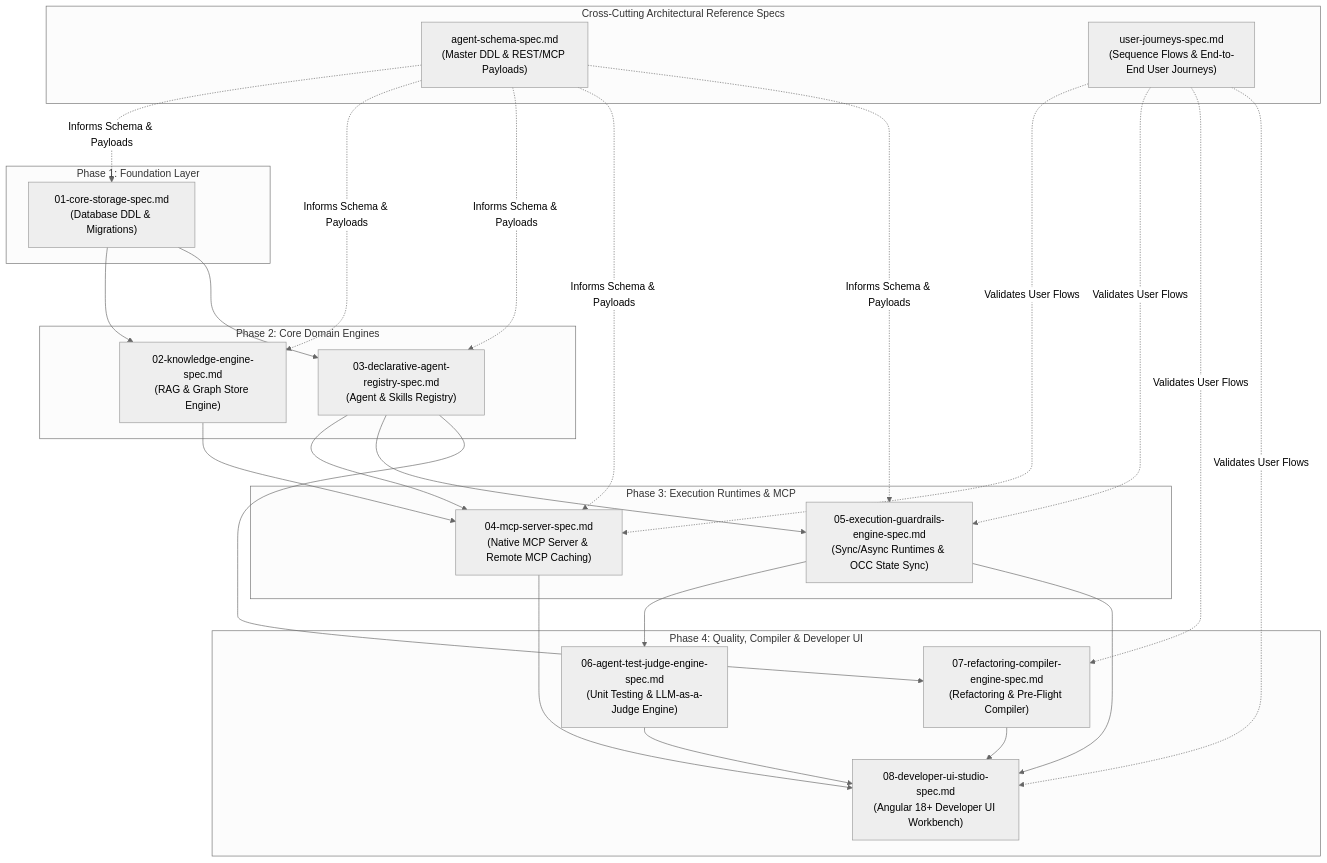
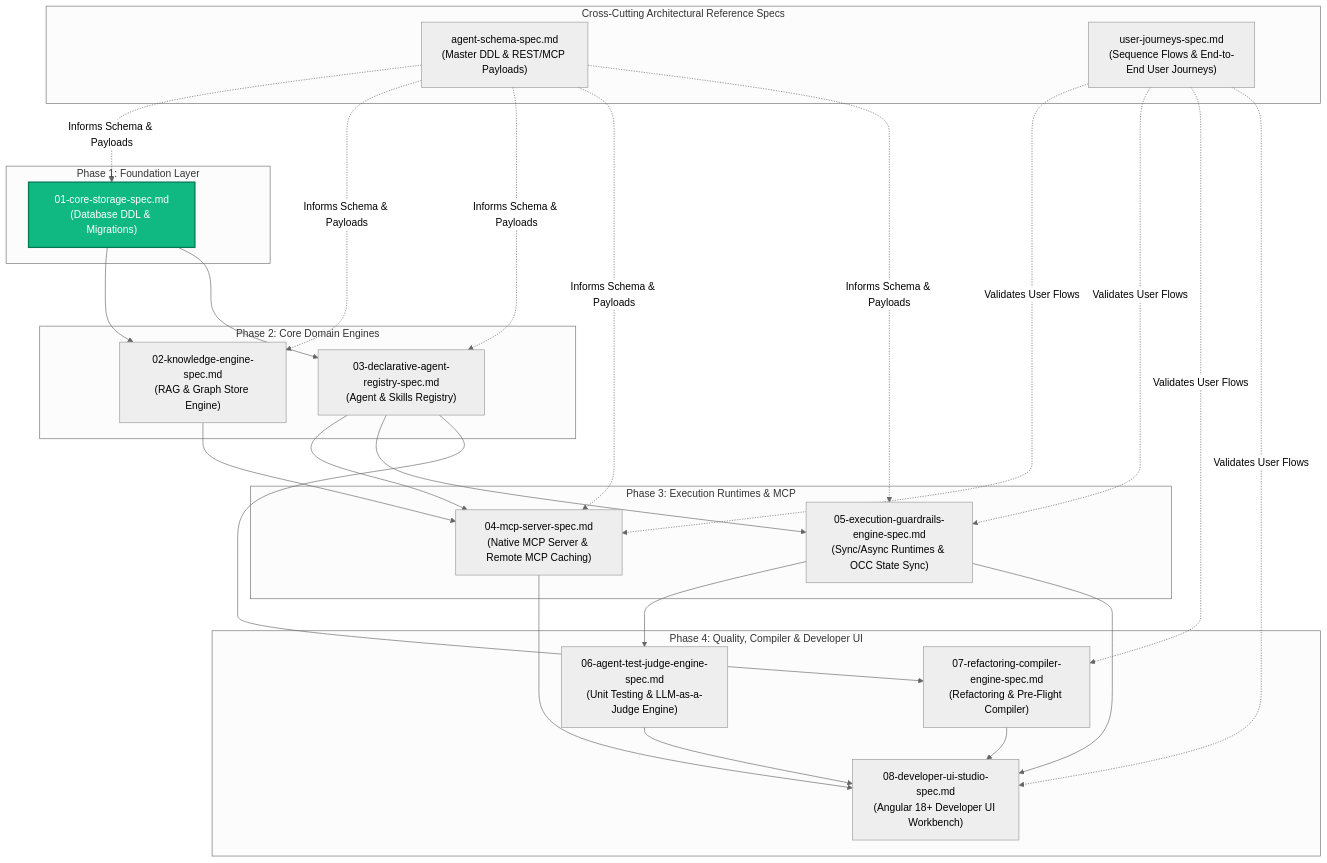
One commit to PolecatWorks/agent-as-data changed the diagram in spec/specs/README.md. Above: the diagram before and after it, drawn with Mermaid (neutral theme). The commit also changed other lines of this file and 11 other files, not shown here.

Commit message:
feat(spec-01): implement core storage schema, sqlx migrations, hams sidecar, and fail-fast startup validation

````diff
--- a/spec/specs/README.md
+++ b/spec/specs/README.md
@@ -17,53 +17,55 @@
 ```mermaid
 flowchart TD
     subgraph CrossCuttingSpecs ["Cross-Cutting Architectural Reference Specs"]
         SchemaSpec["agent-schema-spec.md<br/>(Master DDL & REST/MCP Payloads)"]
         JourneysSpec["user-journeys-spec.md<br/>(Sequence Flows & End-to-End User Journeys)"]
     end
 
     subgraph Phase1 ["Phase 1: Foundation Layer"]
-        Spec01["01-core-storage-spec.md<br/>(Database DDL & Migrations)"]
+        Spec01["01-core-storage-spec.md<br/>(Database DDL & Migrations)"]:::complete
     end
 
     subgraph Phase2 ["Phase 2: Core Domain Engines"]
         Spec02["02-knowledge-engine-spec.md<br/>(RAG & Graph Store Engine)"]
         Spec03["03-declarative-agent-registry-spec.md<br/>(Agent & Skills Registry)"]
     end
 
     subgraph Phase3 ["Phase 3: Execution Runtimes & MCP"]
         Spec04["04-mcp-server-spec.md<br/>(Native MCP Server & Remote MCP Caching)"]
         Spec05["05-execution-guardrails-engine-spec.md<br/>(Sync/Async Runtimes & OCC State Sync)"]
     end
 
     subgraph Phase4 ["Phase 4: Quality, Compiler & Developer UI"]
         Spec06["06-agent-test-judge-engine-spec.md<br/>(Unit Testing & LLM-as-a-Judge Engine)"]
         Spec07["07-refactoring-compiler-engine-spec.md<br/>(Refactoring & Pre-Flight Compiler)"]
         Spec08["08-developer-ui-studio-spec.md<br/>(Angular 18+ Developer UI Workbench)"]
     end
+
+    classDef complete fill:#10B981,stroke:#047857,stroke-width:2px,color:#ffffff;
 
     SchemaSpec -.->|Informs Schema & Payloads| Spec01
     SchemaSpec -.->|Informs Schema & Payloads| Spec02
     SchemaSpec -.->|Informs Schema & Payloads| Spec03
     SchemaSpec -.->|Informs Schema & Payloads| Spec04
     SchemaSpec -.->|Informs Schema & Payloads| Spec05
 
     JourneysSpec -.->|Validates User Flows| Spec04
     JourneysSpec -.->|Validates User Flows| Spec05
     JourneysSpec -.->|Validates User Flows| Spec07
     JourneysSpec -.->|Validates User Flows| Spec08
 
     Spec01 --> Spec02
     Spec01 --> Spec03
 
     Spec02 --> Spec04
     Spec03 --> Spec04
     Spec03 --> Spec05
 
     Spec05 --> Spec06
     Spec03 --> Spec07
     
     Spec04 --> Spec08
     Spec05 --> Spec08
     Spec06 --> Spec08
     Spec07 --> Spec08
 ```
````
